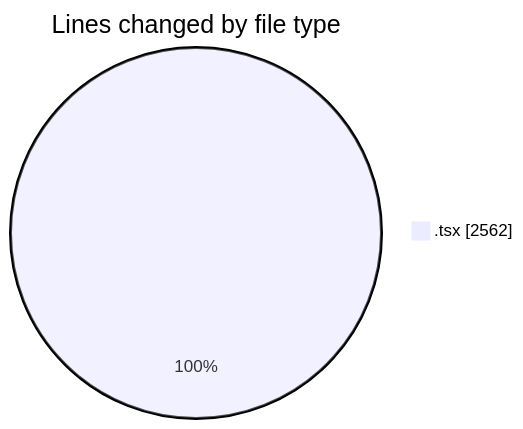
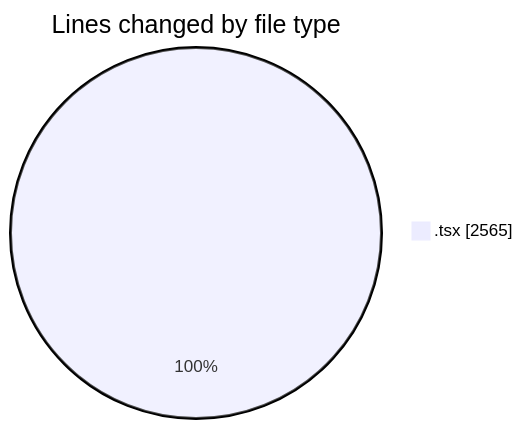
One commit to momahboobian/code-tracking changed the first of 2 diagrams in 2025-06-13/cda/README.md. Above: the diagram before and after it, drawn with Mermaid. The commit also changed other lines of this file and 1 other file, not shown here.

````diff
--- a/2025-06-13/cda/README.md
+++ b/2025-06-13/cda/README.md
@@ -26,5 +26,5 @@
 ```mermaid
 pie showData
 title Lines changed by file type
-".tsx" : 2562
+".tsx" : 2565
 ```
````
